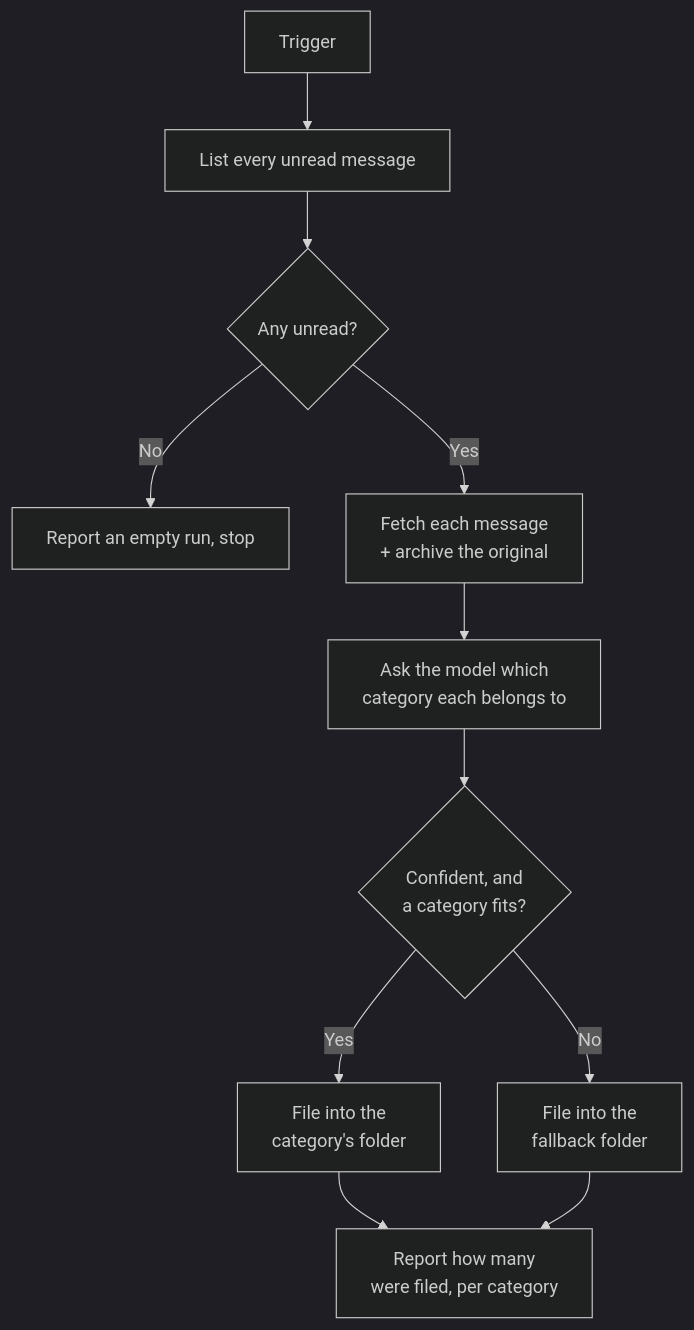
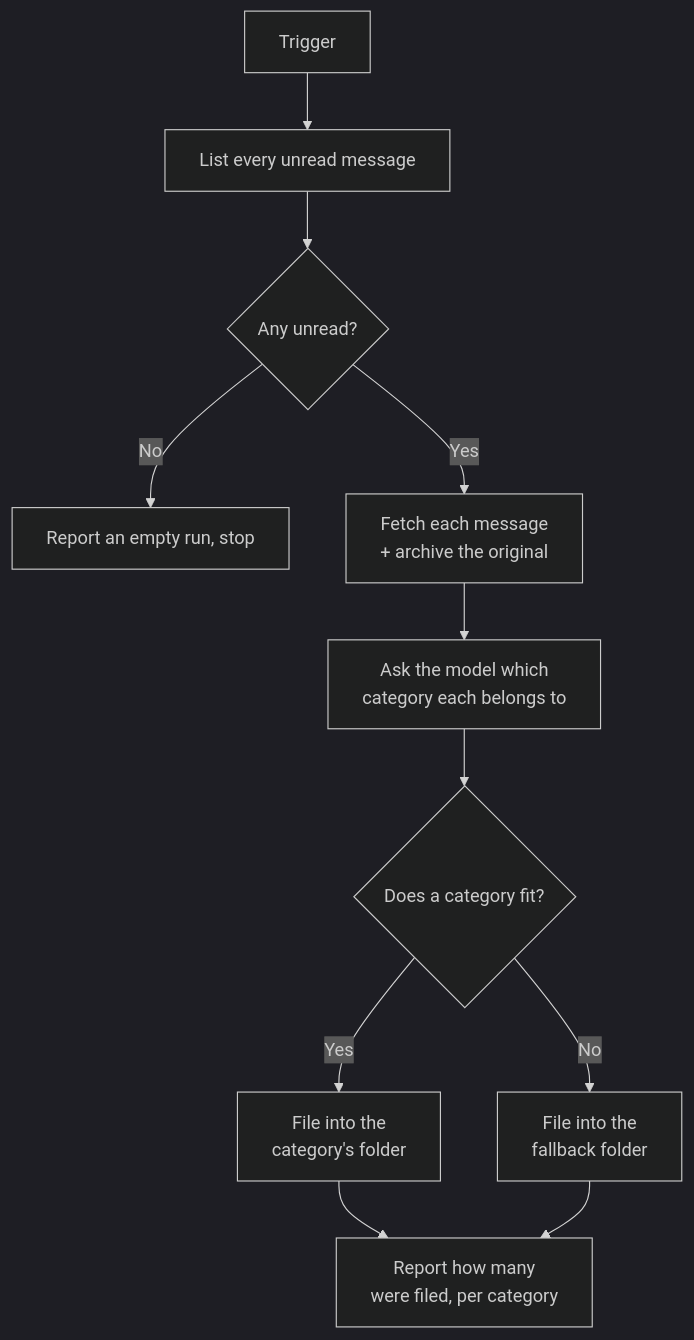
The diagram in docs/docs/2_platform/5_agents/12_email_classification_agent/index.en.md (bbvch-ai/aihub-core), drawn with Mermaid (dark theme) before and after one commit. The commit also changed other lines of this file and 26 other files, not shown here.

````diff
--- a/docs/docs/2_platform/5_agents/12_email_classification_agent/index.en.md
+++ b/docs/docs/2_platform/5_agents/12_email_classification_agent/index.en.md
@@ -27,13 +27,13 @@
 ```mermaid
 flowchart TD
     A[Trigger] --> B[List every unread message]
     B --> C{Any unread?}
     C -- No --> D[Report an empty run, stop]
     C -- Yes --> E[Fetch each message<br/>+ archive the original]
     E --> F[Ask the model which<br/>category each belongs to]
-    F --> G{Confident, and<br/>a category fits?}
+    F --> G{Does a category fit?}
     G -- Yes --> H[File into the<br/>category's folder]
     G -- No --> I[File into the<br/>fallback folder]
     H --> J[Report how many<br/>were filed, per category]
     I --> J
 ```
````
